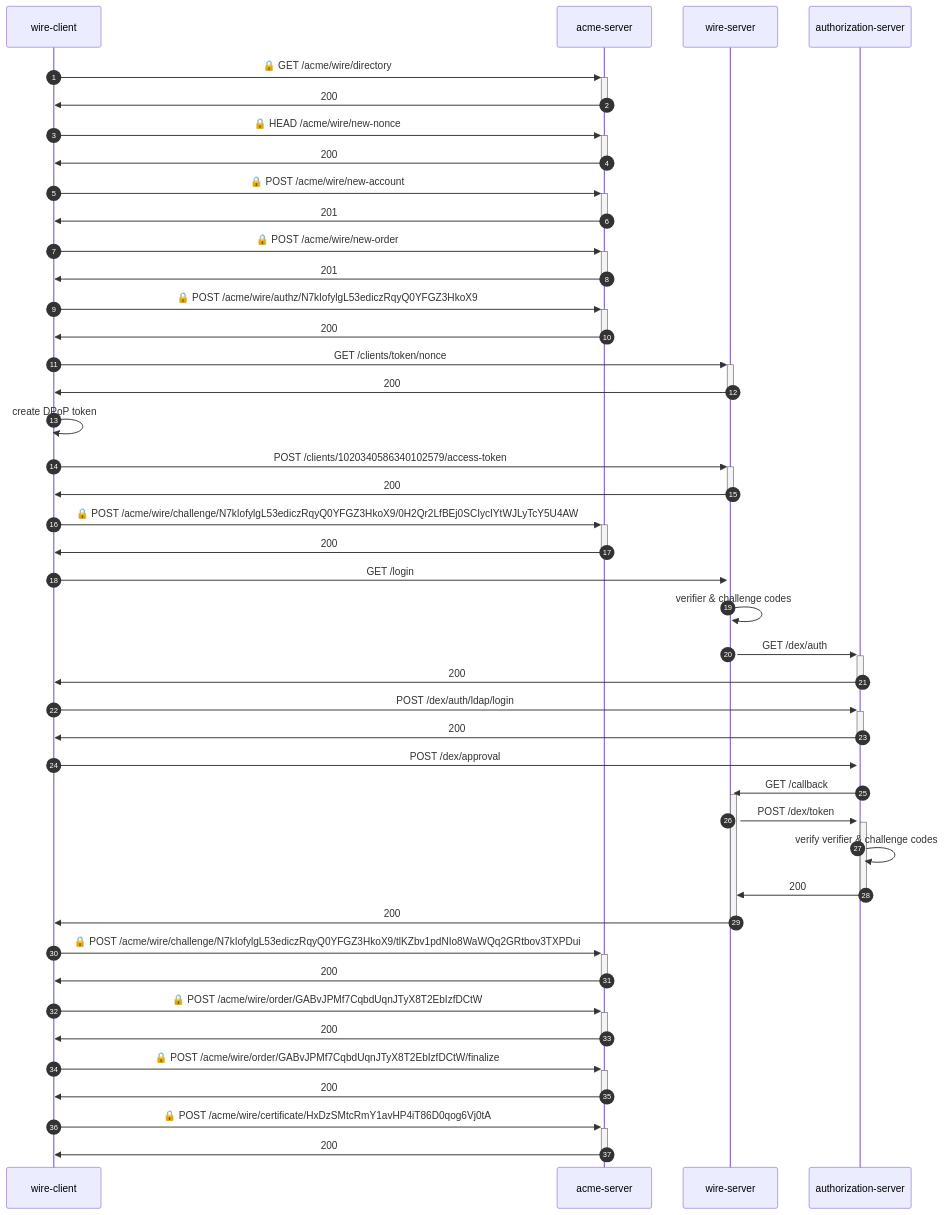
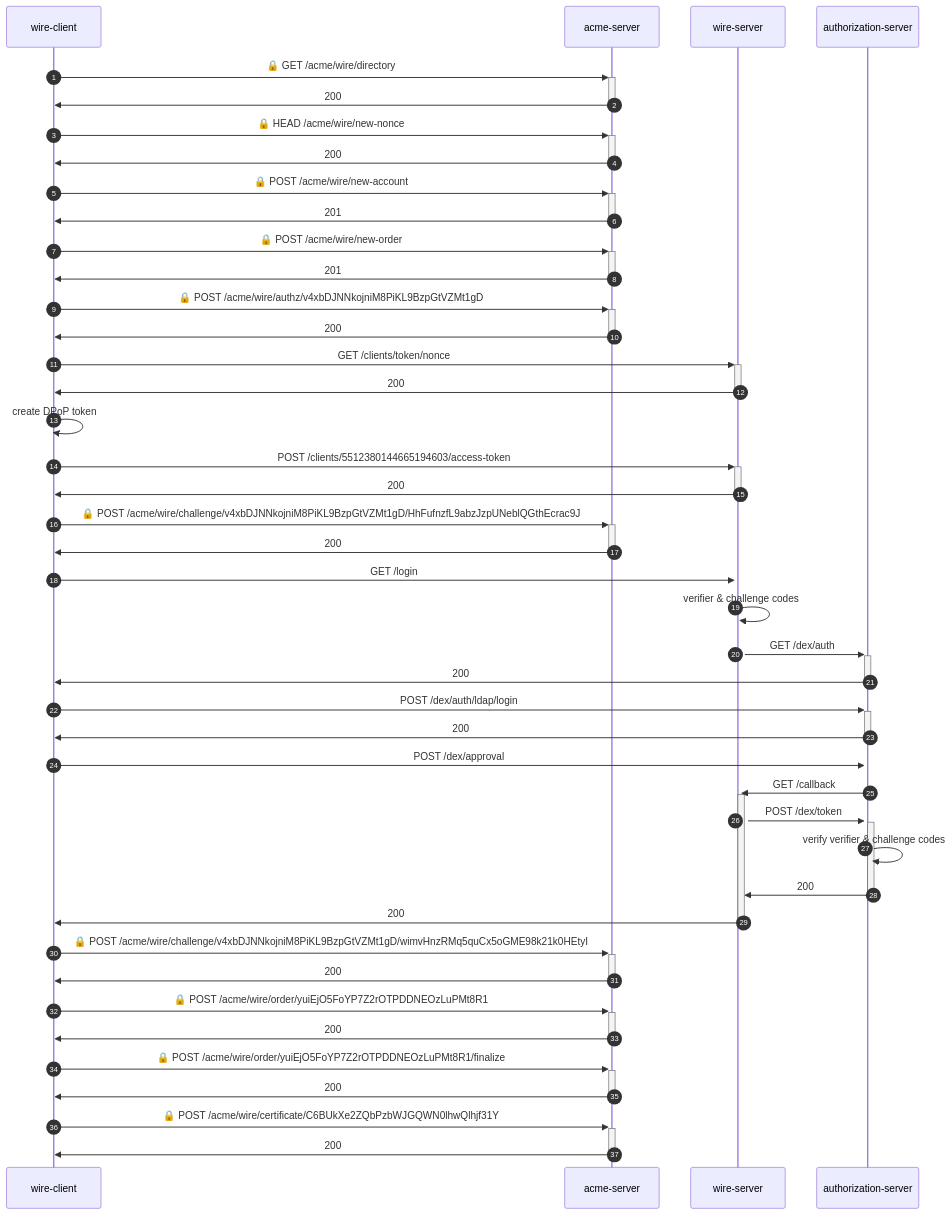
The diagram in e2e-identity/README.md (wireapp/rusty-jwt-tools), drawn with Mermaid before and after one commit. The commit also changed other lines of this file and 17 other files, not shown here.

Commit message:
feat: support qualified client id from wire clients with : as delimiter

````diff
--- a/e2e-identity/README.md
+++ b/e2e-identity/README.md
@@ -3,41 +3,41 @@
 ```mermaid
 sequenceDiagram
     autonumber
     wire-client->>+acme-server: 🔒 GET /acme/wire/directory
     acme-server->>-wire-client: 200
     wire-client->>+acme-server: 🔒 HEAD /acme/wire/new-nonce
     acme-server->>-wire-client: 200
     wire-client->>+acme-server: 🔒 POST /acme/wire/new-account
     acme-server->>-wire-client: 201
     wire-client->>+acme-server: 🔒 POST /acme/wire/new-order
     acme-server->>-wire-client: 201
-    wire-client->>+acme-server: 🔒 POST /acme/wire/authz/N7kIofylgL53ediczRqyQ0YFGZ3HkoX9
+    wire-client->>+acme-server: 🔒 POST /acme/wire/authz/v4xbDJNNkojniM8PiKL9BzpGtVZMt1gD
     acme-server->>-wire-client: 200
     wire-client->>+wire-server:  GET /clients/token/nonce
     wire-server->>-wire-client: 200
     wire-client->>wire-client: create DPoP token
-    wire-client->>+wire-server:  POST /clients/1020340586340102579/access-token
+    wire-client->>+wire-server:  POST /clients/5512380144665194603/access-token
     wire-server->>-wire-client: 200
-    wire-client->>+acme-server: 🔒 POST /acme/wire/challenge/N7kIofylgL53ediczRqyQ0YFGZ3HkoX9/0H2Qr2LfBEj0SCIycIYtWJLyTcY5U4AW
+    wire-client->>+acme-server: 🔒 POST /acme/wire/challenge/v4xbDJNNkojniM8PiKL9BzpGtVZMt1gD/HhFufnzfL9abzJzpUNeblQGthEcrac9J
     acme-server->>-wire-client: 200
     wire-client->>+wire-server:  GET /login
     wire-server->>wire-server: verifier & challenge codes
     wire-server->>+authorization-server:  GET /dex/auth
     authorization-server->>-wire-client: 200
     wire-client->>+authorization-server:  POST /dex/auth/ldap/login
     authorization-server->>-wire-client: 200
     wire-client->>+authorization-server:  POST /dex/approval
     authorization-server->>+wire-server:  GET /callback
     wire-server->>+authorization-server:  POST /dex/token
     authorization-server->>authorization-server: verify verifier & challenge codes
     authorization-server->>-wire-server: 200
     wire-server->>-wire-client: 200
-    wire-client->>+acme-server: 🔒 POST /acme/wire/challenge/N7kIofylgL53ediczRqyQ0YFGZ3HkoX9/tlKZbv1pdNIo8WaWQq2GRtbov3TXPDui
+    wire-client->>+acme-server: 🔒 POST /acme/wire/challenge/v4xbDJNNkojniM8PiKL9BzpGtVZMt1gD/wimvHnzRMq5quCx5oGME98k21k0HEtyI
     acme-server->>-wire-client: 200
-    wire-client->>+acme-server: 🔒 POST /acme/wire/order/GABvJPMf7CqbdUqnJTyX8T2EbIzfDCtW
+    wire-client->>+acme-server: 🔒 POST /acme/wire/order/yuiEjO5FoYP7Z2rOTPDDNEOzLuPMt8R1
     acme-server->>-wire-client: 200
-    wire-client->>+acme-server: 🔒 POST /acme/wire/order/GABvJPMf7CqbdUqnJTyX8T2EbIzfDCtW/finalize
+    wire-client->>+acme-server: 🔒 POST /acme/wire/order/yuiEjO5FoYP7Z2rOTPDDNEOzLuPMt8R1/finalize
     acme-server->>-wire-client: 200
-    wire-client->>+acme-server: 🔒 POST /acme/wire/certificate/HxDzSMtcRmY1avHP4iT86D0qog6Vj0tA
+    wire-client->>+acme-server: 🔒 POST /acme/wire/certificate/C6BUkXe2ZQbPzbWJGQWN0lhwQlhjf31Y
     acme-server->>-wire-client: 200
 ```
````
